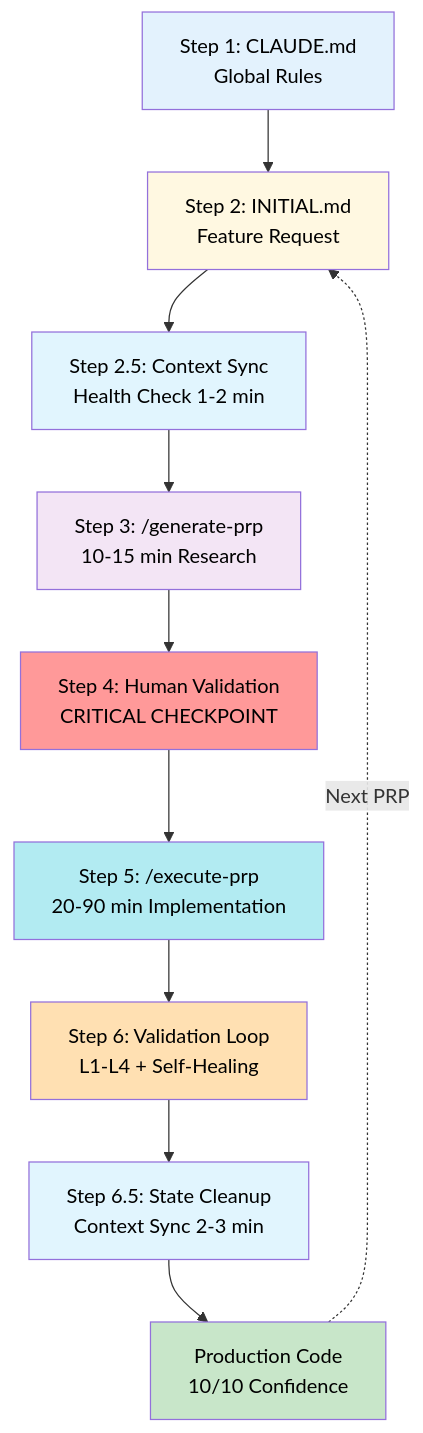
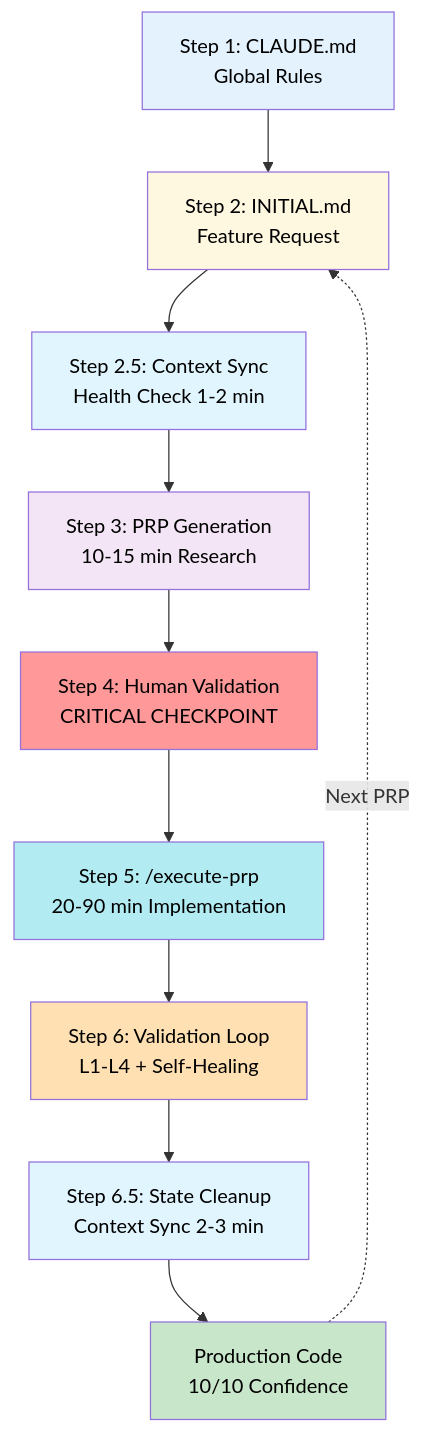
Diagram 11 of 13 in examples/model/SystemModel.md (bprzybys-nc/ctx-eng-plus), drawn with Mermaid before and after one commit. The commit also changed other lines of this file and 3 other files, not shown here.

````diff
--- a/examples/model/SystemModel.md
+++ b/examples/model/SystemModel.md
@@ -1345,22 +1579,22 @@
 ```mermaid
 graph TB
     A["Step 1: CLAUDE.md<br/>Global Rules"] --> B["Step 2: INITIAL.md<br/>Feature Request"]
     B --> B5["Step 2.5: Context Sync<br/>Health Check 1-2 min"]
-    B5 --> C["Step 3: /generate-prp<br/>10-15 min Research"]
+    B5 --> C["Step 3: PRP Generation<br/>10-15 min Research"]
     C --> D["Step 4: Human Validation<br/>CRITICAL CHECKPOINT"]
     D --> E["Step 5: /execute-prp<br/>20-90 min Implementation"]
     E --> F["Step 6: Validation Loop<br/>L1-L4 + Self-Healing"]
     F --> F5["Step 6.5: State Cleanup<br/>Context Sync 2-3 min"]
     F5 --> G["Production Code<br/>10/10 Confidence"]
     G -.->|Next PRP| B
 
     style A fill:#e3f2fd,color:#000
     style B fill:#fff8e1,color:#000
     style B5 fill:#e1f5fe,color:#000
     style C fill:#f3e5f5,color:#000
     style D fill:#ff9999,color:#000
     style E fill:#b2ebf2,color:#000
     style F fill:#ffe0b2,color:#000
     style F5 fill:#e1f5fe,color:#000
     style G fill:#c8e6c9,color:#000
 ```
````
